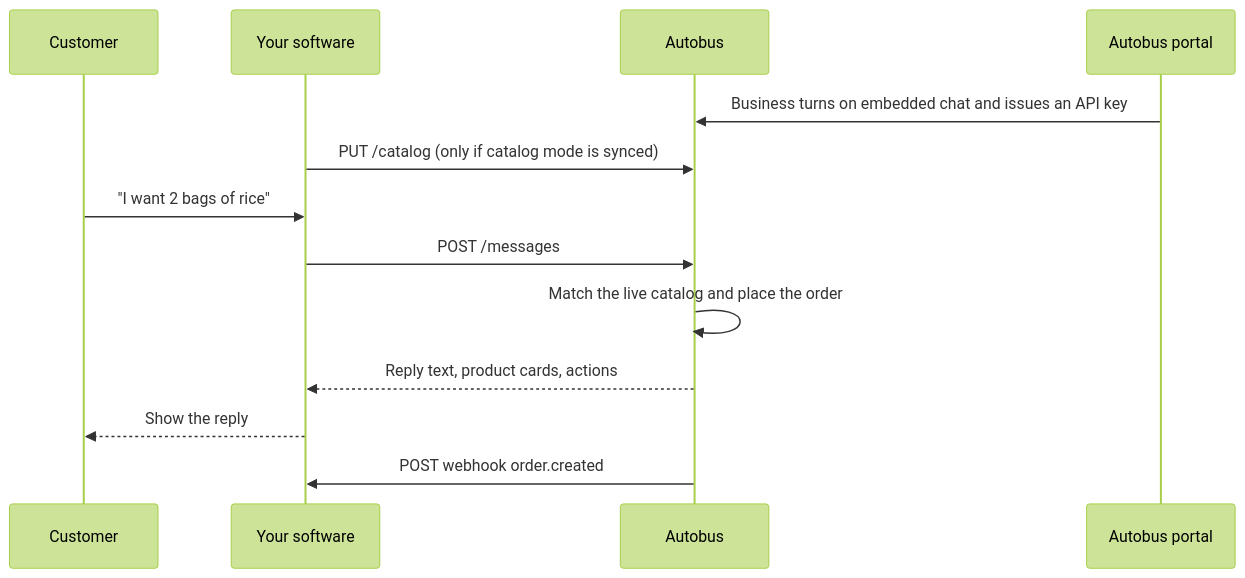
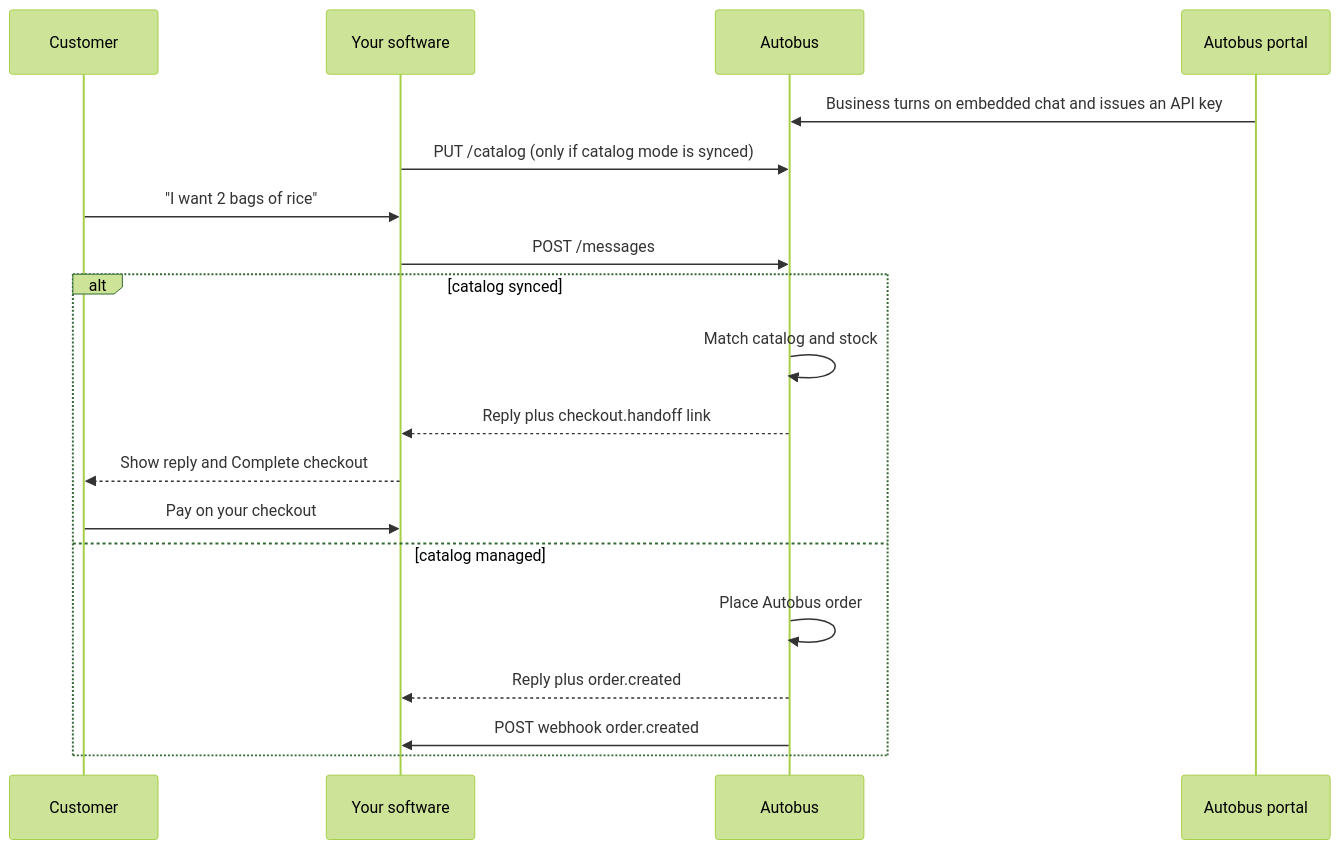
The diagram in docs/embed-integration.md (Autobus-Ghana/autobus), drawn with Mermaid (forest theme) before and after one commit. The commit also changed other lines of this file and 3 other files, not shown here.

First line of the commit message:
Hand off synced-catalog purchases to partner checkout links.

````diff
--- a/docs/embed-integration.md
+++ b/docs/embed-integration.md
@@ -9,16 +12,22 @@
 ```mermaid
 sequenceDiagram
     participant Customer
     participant YourApp as Your software
     participant Autobus
     participant Portal as Autobus portal
 
     Portal->>Autobus: Business turns on embedded chat and issues an API key
     YourApp->>Autobus: PUT /catalog (only if catalog mode is synced)
     Customer->>YourApp: "I want 2 bags of rice"
     YourApp->>Autobus: POST /messages
-    Autobus->>Autobus: Match the live catalog and place the order
-    Autobus-->>YourApp: Reply text, product cards, actions
-    YourApp-->>Customer: Show the reply
-    Autobus->>YourApp: POST webhook order.created
+    alt catalog synced
+        Autobus->>Autobus: Match catalog and stock
+        Autobus-->>YourApp: Reply plus checkout.handoff link
+        YourApp-->>Customer: Show reply and Complete checkout
+        Customer->>YourApp: Pay on your checkout
+    else catalog managed
+        Autobus->>Autobus: Place Autobus order
+        Autobus-->>YourApp: Reply plus order.created
+        Autobus->>YourApp: POST webhook order.created
+    end
 ```
````
